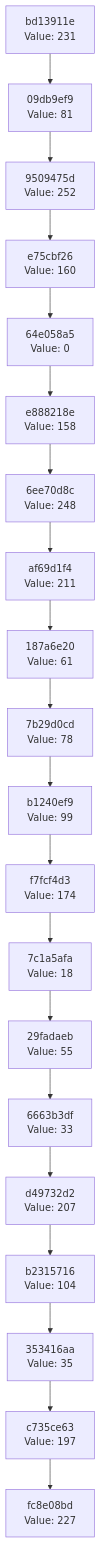
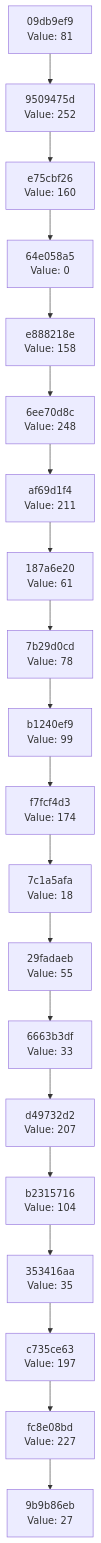
One commit to Abhisheksinha1506/hash-chain-evolver changed the diagram in docs/CHAIN_VISUALIZATION.md. Above: the diagram before and after it, drawn with Mermaid. The commit also changed 2 other files, not shown here.

Commit message:
Evolution step: hash 0x1B → action executed

````diff
--- a/docs/CHAIN_VISUALIZATION.md
+++ b/docs/CHAIN_VISUALIZATION.md
@@ -3,42 +3,42 @@
 ```mermaid
 graph TD
-    C0["fc8e08bd<br/>Value: 227"]
-    C1["c735ce63<br/>Value: 197"]
+    C0["9b9b86eb<br/>Value: 27"]
+    C1["fc8e08bd<br/>Value: 227"]
     C1 --> C0
-    C2["353416aa<br/>Value: 35"]
+    C2["c735ce63<br/>Value: 197"]
     C2 --> C1
-    C3["b2315716<br/>Value: 104"]
+    C3["353416aa<br/>Value: 35"]
     C3 --> C2
-    C4["d49732d2<br/>Value: 207"]
+    C4["b2315716<br/>Value: 104"]
     C4 --> C3
-    C5["6663b3df<br/>Value: 33"]
+    C5["d49732d2<br/>Value: 207"]
     C5 --> C4
-    C6["29fadaeb<br/>Value: 55"]
+    C6["6663b3df<br/>Value: 33"]
     C6 --> C5
-    C7["7c1a5afa<br/>Value: 18"]
+    C7["29fadaeb<br/>Value: 55"]
     C7 --> C6
-    C8["f7fcf4d3<br/>Value: 174"]
+    C8["7c1a5afa<br/>Value: 18"]
     C8 --> C7
-    C9["b1240ef9<br/>Value: 99"]
+    C9["f7fcf4d3<br/>Value: 174"]
     C9 --> C8
-    C10["7b29d0cd<br/>Value: 78"]
+    C10["b1240ef9<br/>Value: 99"]
     C10 --> C9
-    C11["187a6e20<br/>Value: 61"]
+    C11["7b29d0cd<br/>Value: 78"]
     C11 --> C10
-    C12["af69d1f4<br/>Value: 211"]
+    C12["187a6e20<br/>Value: 61"]
     C12 --> C11
-    C13["6ee70d8c<br/>Value: 248"]
+    C13["af69d1f4<br/>Value: 211"]
     C13 --> C12
-    C14["e888218e<br/>Value: 158"]
+    C14["6ee70d8c<br/>Value: 248"]
     C14 --> C13
-    C15["64e058a5<br/>Value: 0"]
+    C15["e888218e<br/>Value: 158"]
     C15 --> C14
-    C16["e75cbf26<br/>Value: 160"]
+    C16["64e058a5<br/>Value: 0"]
     C16 --> C15
-    C17["9509475d<br/>Value: 252"]
+    C17["e75cbf26<br/>Value: 160"]
     C17 --> C16
-    C18["09db9ef9<br/>Value: 81"]
+    C18["9509475d<br/>Value: 252"]
     C18 --> C17
-    C19["bd13911e<br/>Value: 231"]
+    C19["09db9ef9<br/>Value: 81"]
     C19 --> C18
 ```
````
